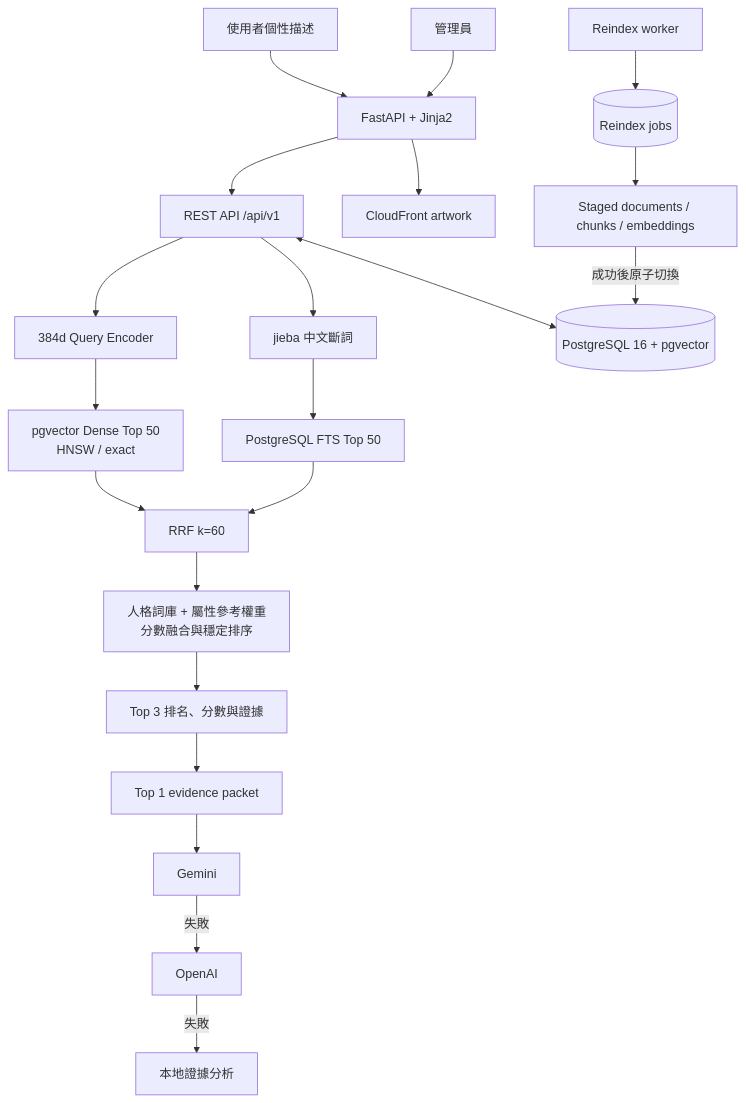
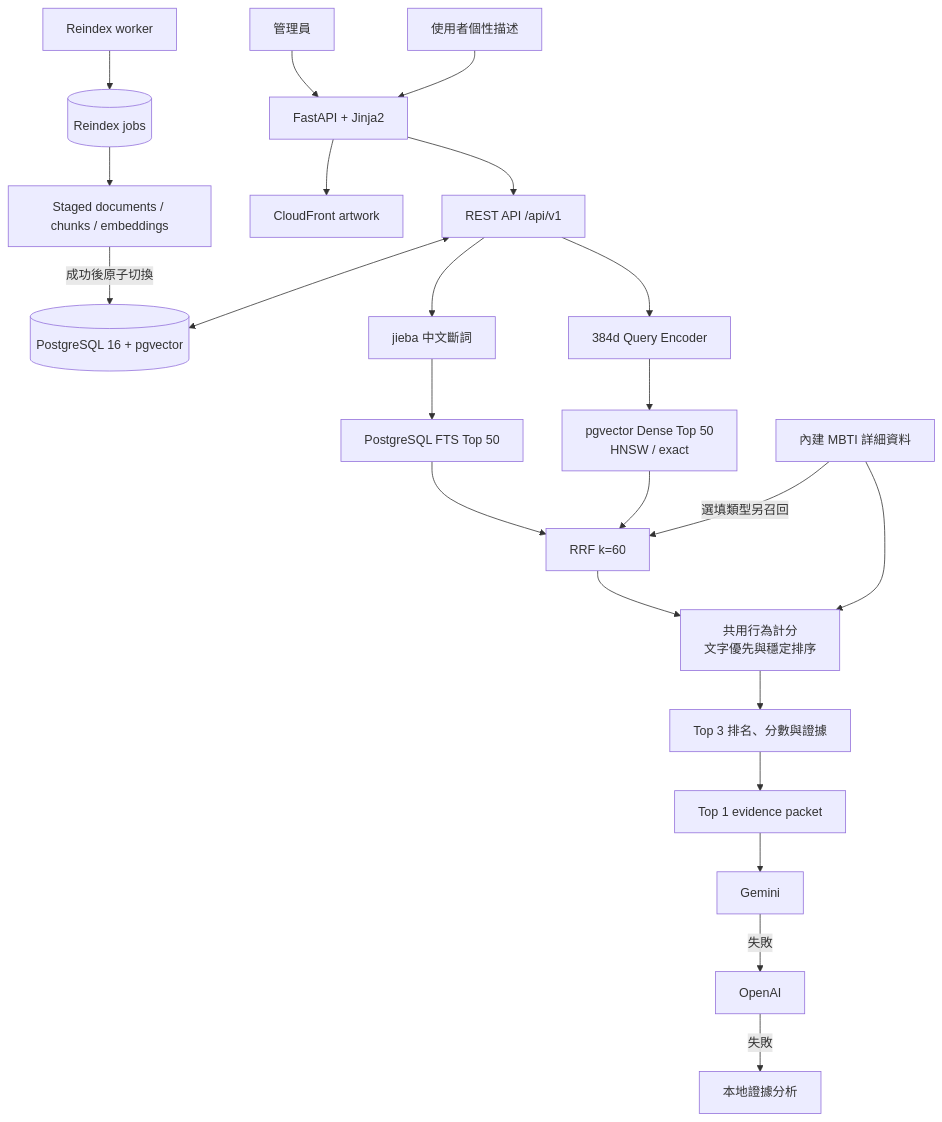
One commit to likaisuwork9616/pokemon-personality-recommender changed the diagram in README.md. Above: the diagram before and after it, drawn with Mermaid. The commit also changed other lines of this file and 3 other files, not shown here.

````diff
--- a/README.md
+++ b/README.md
@@ -32,26 +32,28 @@
 ```mermaid
 flowchart TB
     USER[使用者個性描述] --> WEB[FastAPI + Jinja2]
     ADMIN[管理員] --> WEB
     WEB --> API[REST API /api/v1]
 
     API --> ENCODER[384d Query Encoder]
     ENCODER --> DENSE[pgvector Dense Top 50<br/>HNSW / exact]
     API --> TOKENS[jieba 中文斷詞]
     TOKENS --> FTS[PostgreSQL FTS Top 50]
     DENSE --> RRF[RRF k=60]
     FTS --> RRF
-    RRF --> SCORE[人格詞庫 + 屬性參考權重<br/>分數融合與穩定排序]
+    MBTI[內建 MBTI 詳細資料] --> SCORE[共用行為計分<br/>文字優先與穩定排序]
+    MBTI -->|選填類型另召回| RRF
+    RRF --> SCORE
     SCORE --> TOP3[Top 3 排名、分數與證據]
 
     TOP3 --> TOP1[Top 1 evidence packet]
     TOP1 --> GEMINI[Gemini]
     GEMINI -->|失敗| OPENAI[OpenAI]
     OPENAI -->|失敗| LOCAL[本地證據分析]
 
     API <--> DB[(PostgreSQL 16 + pgvector)]
     WORKER[Reindex worker] --> JOBS[(Reindex jobs)]
     JOBS --> STAGED[Staged documents / chunks / embeddings]
     STAGED -->|成功後原子切換| DB
     WEB --> CDN[CloudFront artwork]
 ```
````
